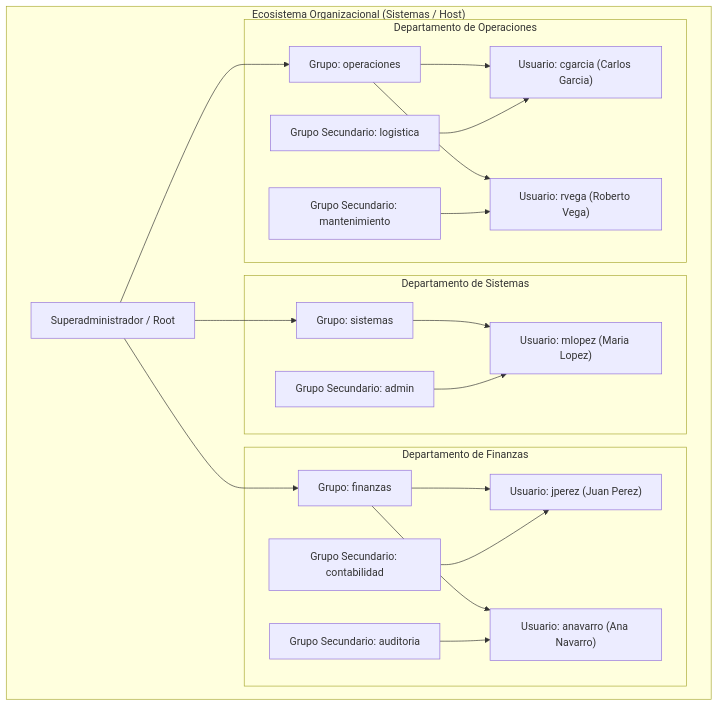
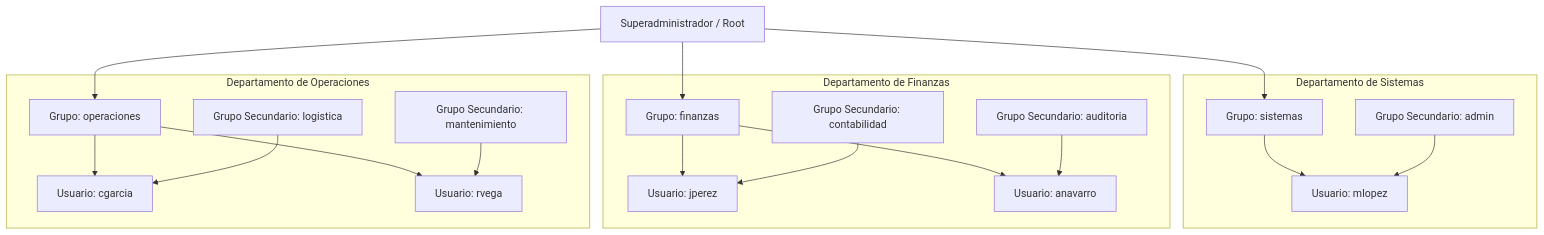
One commit to Alan-Az/Unidad_3 changed the diagram in Tarea_3.1/docs/manual_tecnico.md. Above: the diagram before and after it, drawn with Mermaid. The commit also changed other lines of this file, not shown here.

Commit message:
fix(docs): resolve mermaid syntax by removing nested subgraphs and adding ascii fallback

````diff
--- a/Tarea_3.1/docs/manual_tecnico.md
+++ b/Tarea_3.1/docs/manual_tecnico.md
@@ -23,42 +23,40 @@
 ```mermaid
-graph TD
-    subgraph Dominio["Ecosistema Organizacional (Sistemas / Host)"]
-        RootAdmin["Superadministrador / Root"]
-        
-        subgraph DeptSistemas["Departamento de Sistemas"]
-            GrpSistemas["Grupo: sistemas"]
-            GrpAdmin["Grupo Secundario: admin"]
-            UserSistemas["Usuario: mlopez (Maria Lopez)"]
-            GrpSistemas --> UserSistemas
-            GrpAdmin --> UserSistemas
-        end
-        
-        subgraph DeptFinanzas["Departamento de Finanzas"]
-            GrpFinanzas["Grupo: finanzas"]
-            GrpConta["Grupo Secundario: contabilidad"]
-            GrpAud["Grupo Secundario: auditoria"]
-            UserFin1["Usuario: jperez (Juan Perez)"]
-            UserFin2["Usuario: anavarro (Ana Navarro)"]
-            GrpFinanzas --> UserFin1
-            GrpConta --> UserFin1
-            GrpFinanzas --> UserFin2
-            GrpAud --> UserFin2
-        end
+flowchart TD
+    RootAdmin["Superadministrador / Root"]
 
-        subgraph DeptOperaciones["Departamento de Operaciones"]
-            GrpOps["Grupo: operaciones"]
-            GrpLog["Grupo Secundario: logistica"]
-            GrpMant["Grupo Secundario: mantenimiento"]
-            UserOps1["Usuario: cgarcia (Carlos Garcia)"]
-            UserOps2["Usuario: rvega (Roberto Vega)"]
-            GrpOps --> UserOps1
-            GrpLog --> UserOps1
-            GrpOps --> UserOps2
-            GrpMant --> UserOps2
-        end
+    subgraph DeptSistemas ["Departamento de Sistemas"]
+        GrpSistemas["Grupo: sistemas"]
+        GrpAdmin["Grupo Secundario: admin"]
+        UserSistemas["Usuario: mlopez"]
+        GrpSistemas --> UserSistemas
+        GrpAdmin --> UserSistemas
+    end
 
-        RootAdmin --> GrpSistemas
-        RootAdmin --> GrpFinanzas
-        RootAdmin --> GrpOps
+    subgraph DeptFinanzas ["Departamento de Finanzas"]
+        GrpFinanzas["Grupo: finanzas"]
+        GrpConta["Grupo Secundario: contabilidad"]
+        GrpAud["Grupo Secundario: auditoria"]
+        UserFin1["Usuario: jperez"]
+        UserFin2["Usuario: anavarro"]
+        GrpFinanzas --> UserFin1
+        GrpConta --> UserFin1
+        GrpFinanzas --> UserFin2
+        GrpAud --> UserFin2
     end
+
+    subgraph DeptOperaciones ["Departamento de Operaciones"]
+        GrpOps["Grupo: operaciones"]
+        GrpLog["Grupo Secundario: logistica"]
+        GrpMant["Grupo Secundario: mantenimiento"]
+        UserOps1["Usuario: cgarcia"]
+        UserOps2["Usuario: rvega"]
+        GrpOps --> UserOps1
+        GrpLog --> UserOps1
+        GrpOps --> UserOps2
+        GrpMant --> UserOps2
+    end
+
+    RootAdmin --> GrpSistemas
+    RootAdmin --> GrpFinanzas
+    RootAdmin --> GrpOps
 ```
````
